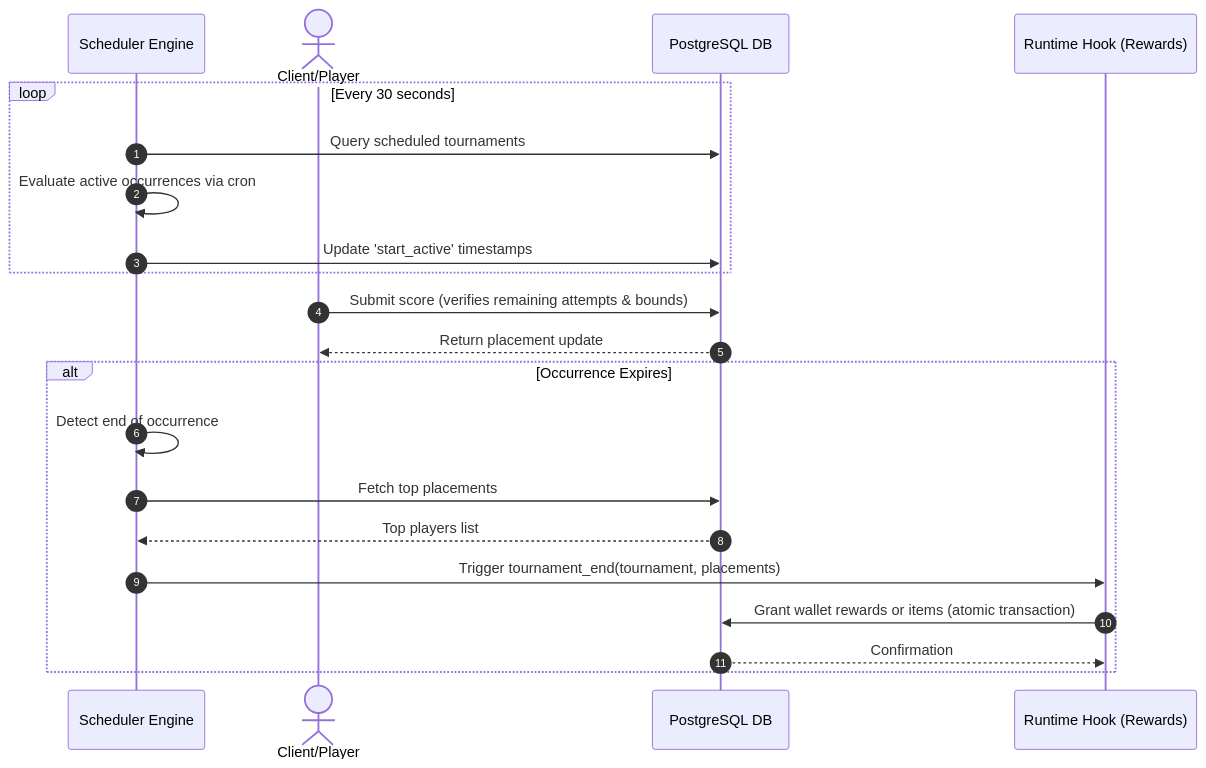
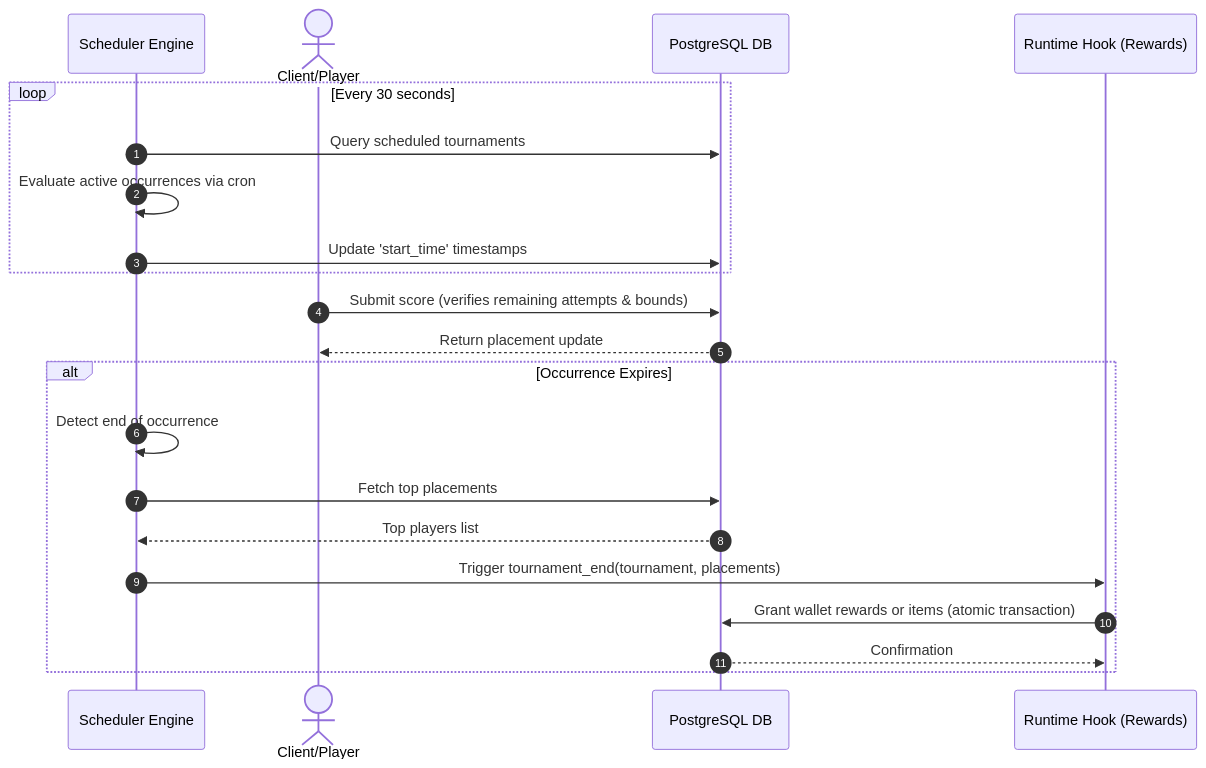
The diagram in TDD/06_tournaments.md (BornToBuildGame/documents), drawn with Mermaid before and after one commit. The commit also changed other lines of this file and 15 other files, not shown here.

Commit message:
- update database design + TDD + multi node architecture

````diff
--- a/TDD/06_tournaments.md
+++ b/TDD/06_tournaments.md
@@ -27,26 +27,26 @@
 ```mermaid
 sequenceDiagram
     autonumber
     participant Engine as Scheduler Engine
     actor Client as Client/Player
     participant DB as PostgreSQL DB
     participant Hook as Runtime Hook (Rewards)
 
     loop Every 30 seconds
         Engine->>DB: Query scheduled tournaments
         Engine->>Engine: Evaluate active occurrences via cron
-        Engine->>DB: Update 'start_active' timestamps
+        Engine->>DB: Update 'start_time' timestamps
     end
 
     Client->>DB: Submit score (verifies remaining attempts & bounds)
     DB-->>Client: Return placement update
 
     alt Occurrence Expires
         Engine->>Engine: Detect end of occurrence
         Engine->>DB: Fetch top placements
         DB-->>Engine: Top players list
         Engine->>Hook: Trigger tournament_end(tournament, placements)
         Hook->>DB: Grant wallet rewards or items (atomic transaction)
         DB-->>Hook: Confirmation
     end
 ```
````
